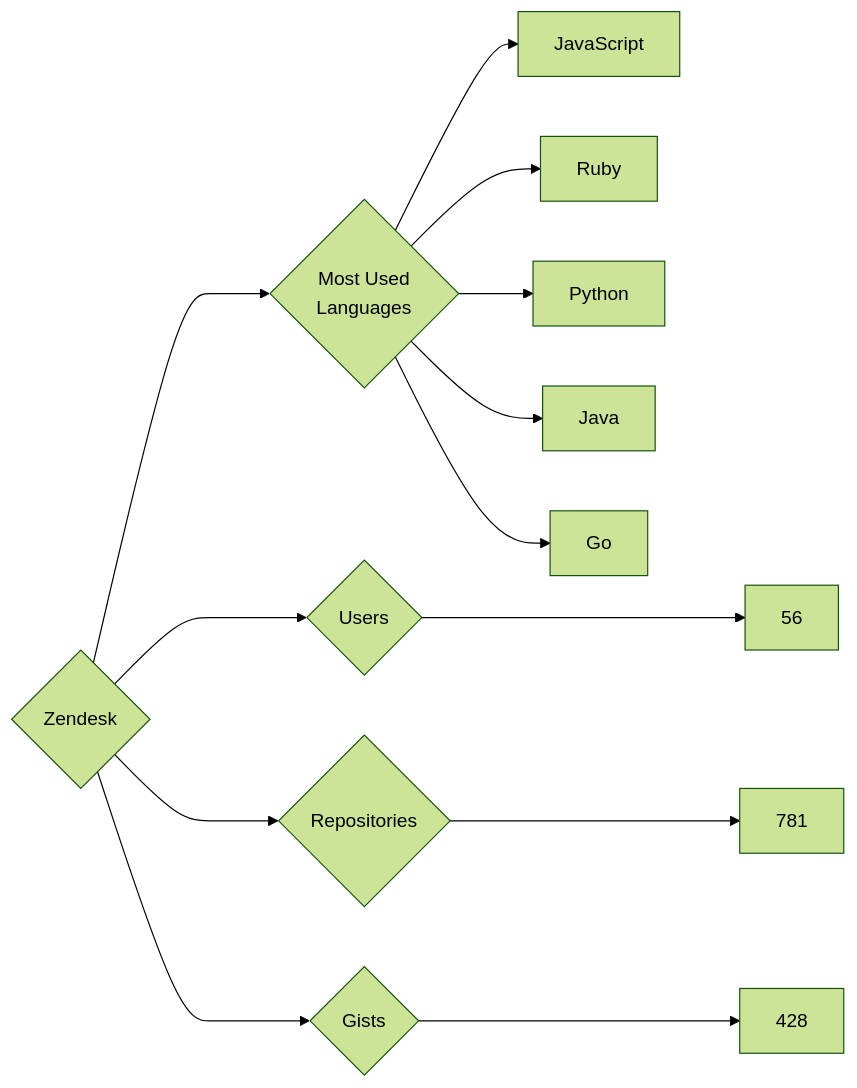
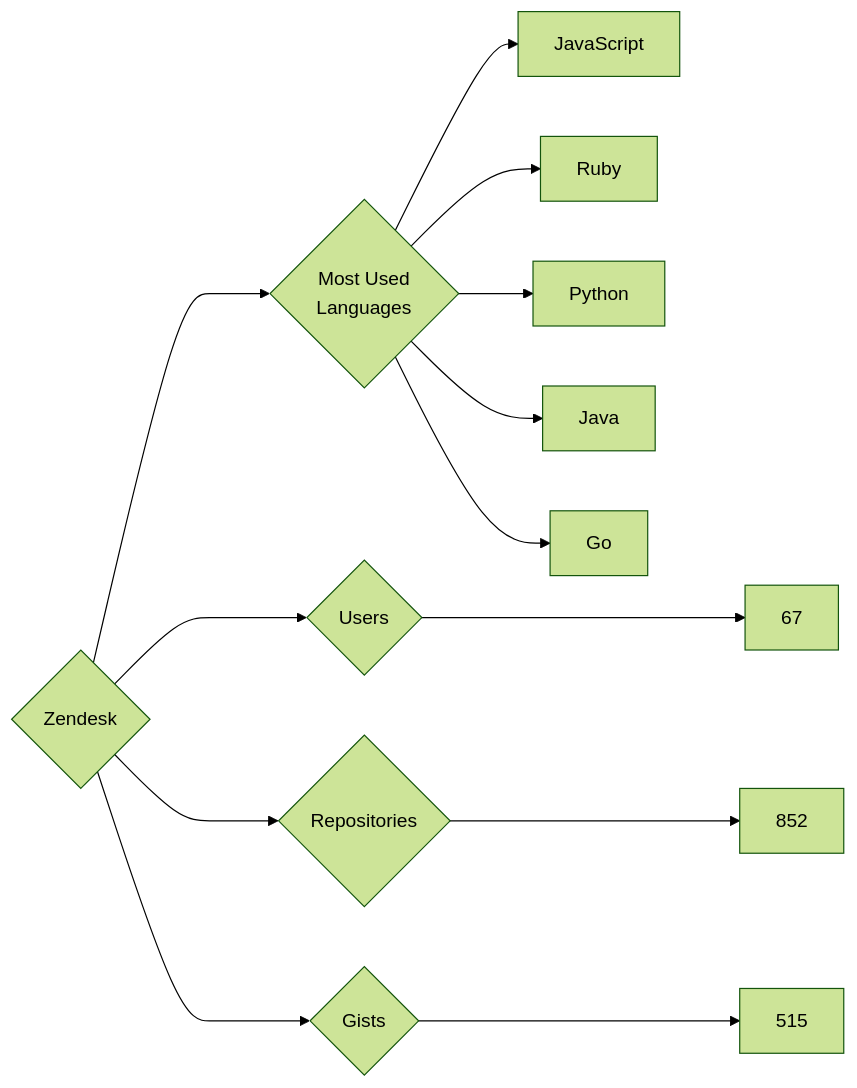
Before and after one commit to trickest/insiders: the diagram in targets/Zendesk/README.md, drawn with Mermaid (forest theme). The commit also changed 797 other files, not shown here.

````diff
--- a/targets/Zendesk/README.md
+++ b/targets/Zendesk/README.md
@@ -3,13 +3,13 @@
 ```mermaid
 graph LR
 COMPANY_NAME{Zendesk}
-COMPANY_NAME ---> U{Users} ---> UN[56]
-COMPANY_NAME ---> R{Repositories} ---> RN[781]
-COMPANY_NAME ---> G{Gists} ---> GN[428]
+COMPANY_NAME ---> U{Users} ---> UN[67]
+COMPANY_NAME ---> R{Repositories} ---> RN[852]
+COMPANY_NAME ---> G{Gists} ---> GN[515]
 COMPANY_NAME ---> ML{Most Used<br>Languages}
 ML --> JavaScript[JavaScript]
 ML --> Ruby[Ruby]
 ML --> Python[Python]
 ML --> Java[Java]
 ML --> Go[Go]
 ```
````
